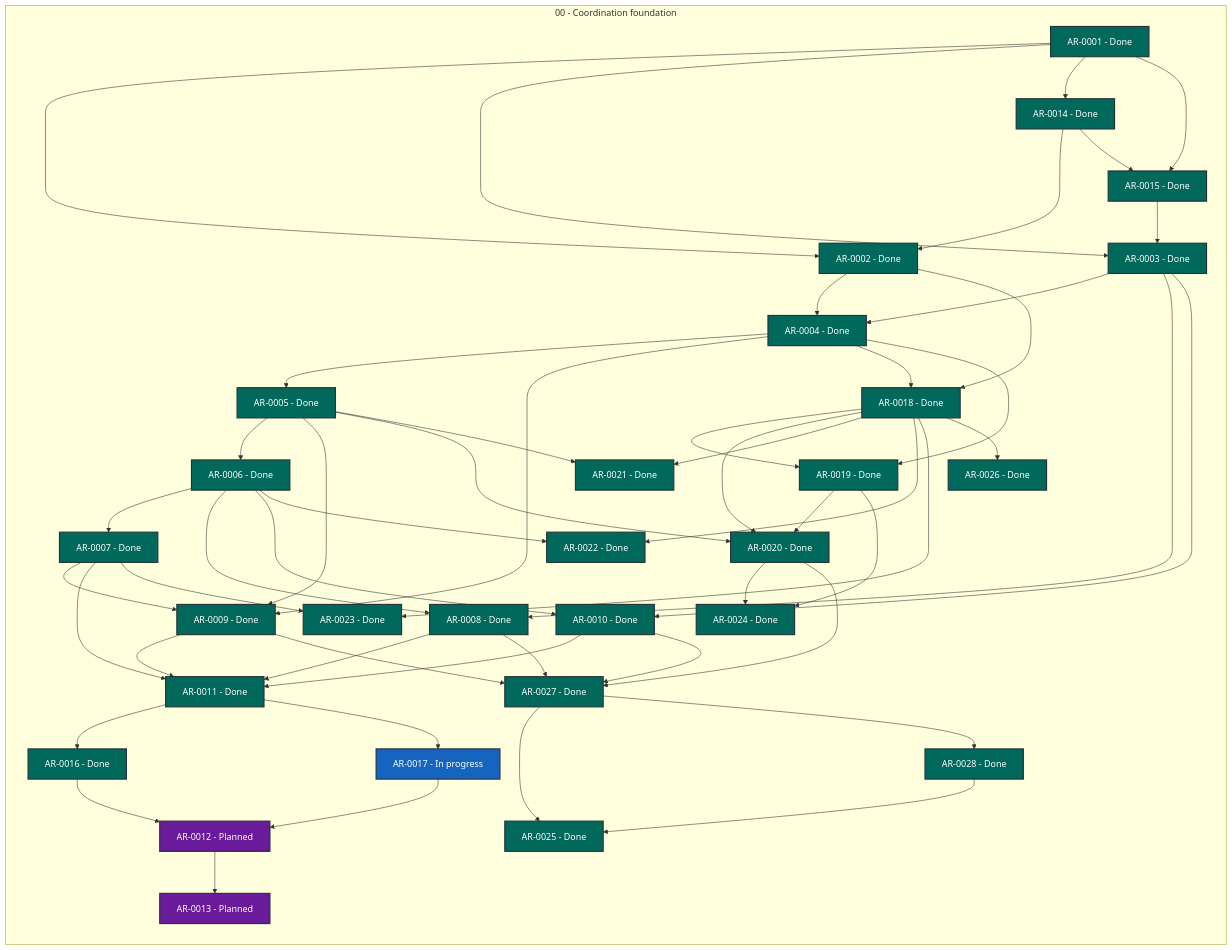
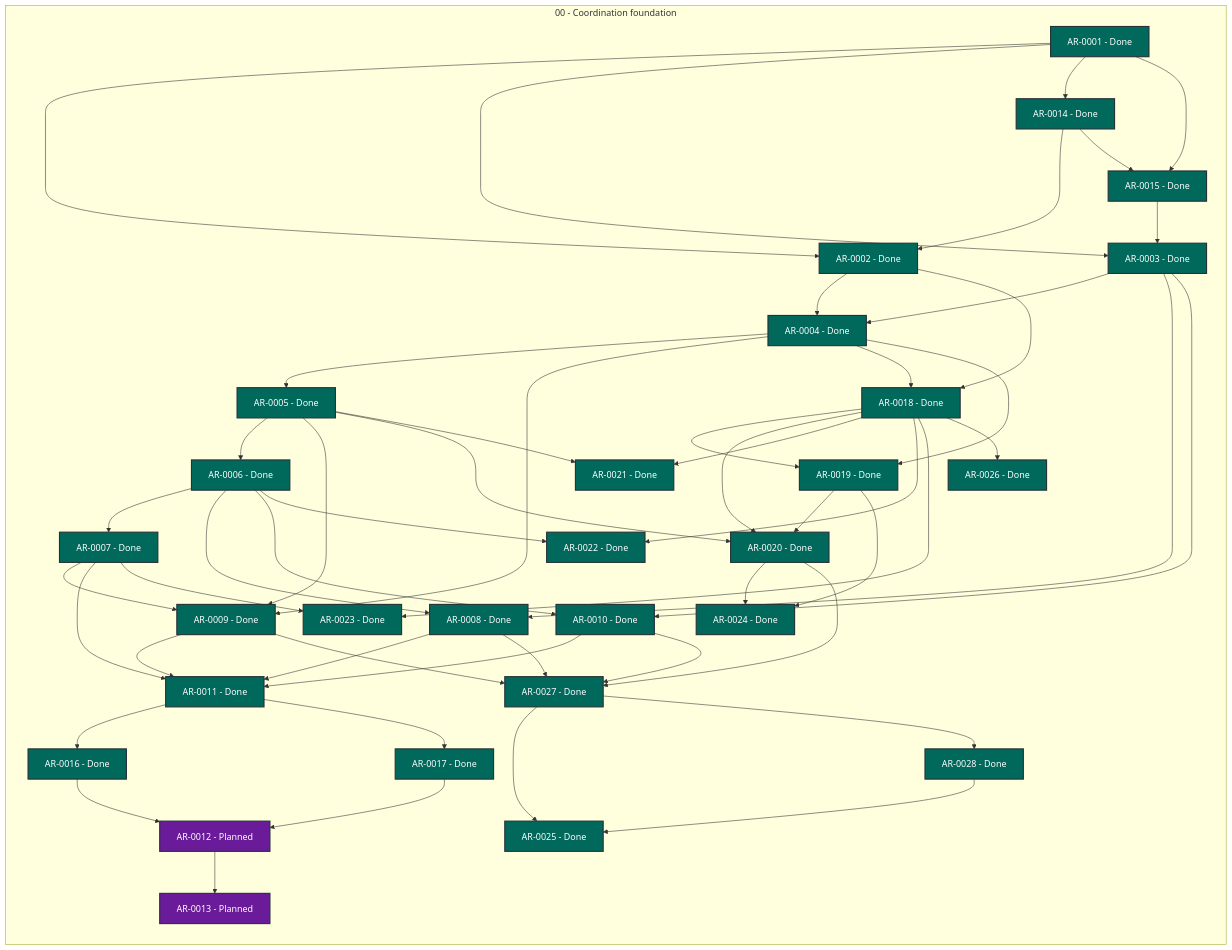
The diagram in STATUS.md (martin-beck/agent-workflow-tui-state), drawn with Mermaid before and after one commit. The commit also changed other lines of this file and 2 other files, not shown here.

```diff
--- a/STATUS.md
+++ b/STATUS.md
@@ -44,7 +44,7 @@
         AR_0014["AR-0014 - Done"]:::status_done
         AR_0015["AR-0015 - Done"]:::status_done
         AR_0016["AR-0016 - Done"]:::status_done
-        AR_0017["AR-0017 - In progress"]:::status_in_progress
+        AR_0017["AR-0017 - Done"]:::status_done
         AR_0018["AR-0018 - Done"]:::status_done
         AR_0019["AR-0019 - Done"]:::status_done
         AR_0020["AR-0020 - Done"]:::status_done
```
